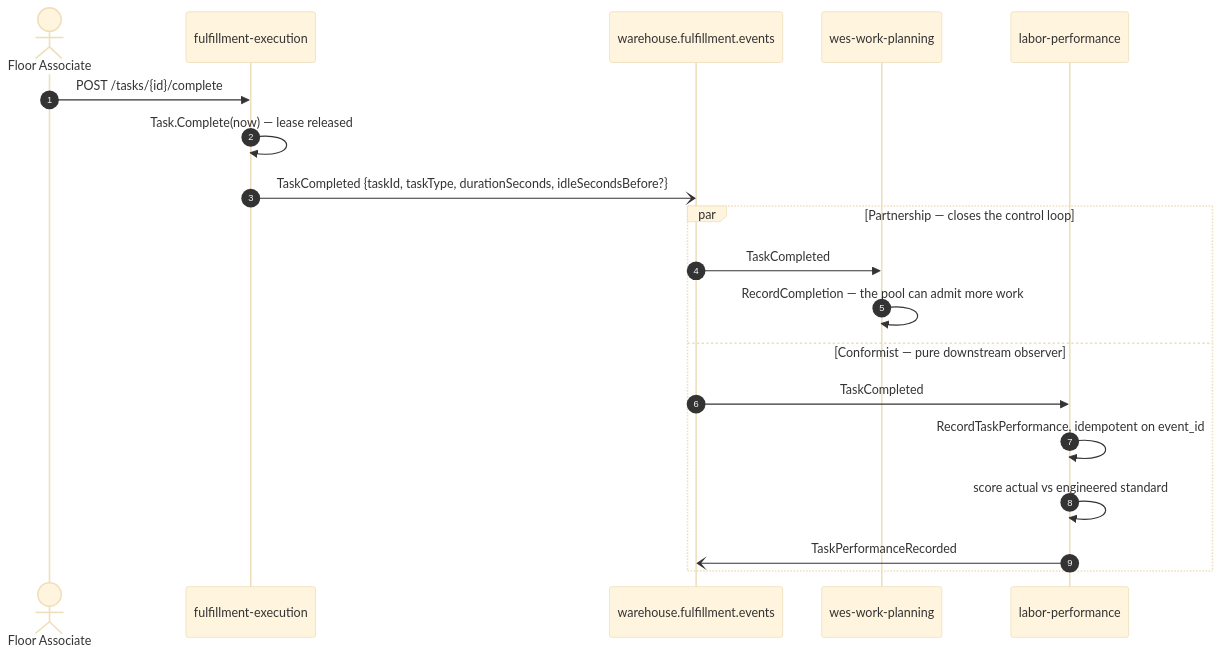
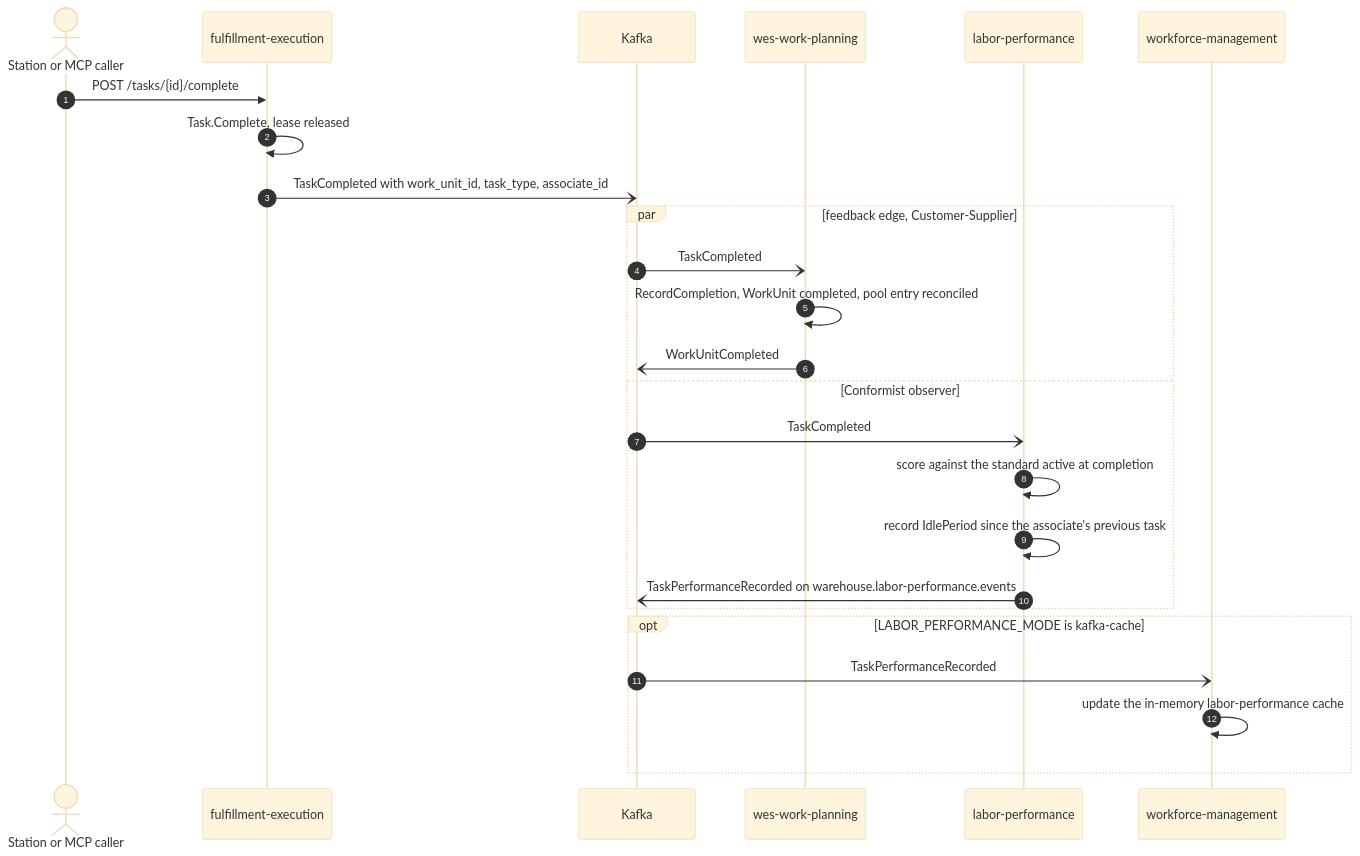
One commit to IQVO/warehouse-docs changed the fourth of 9 diagrams in docs/architecture/runtime-flows.md. Above: the diagram before and after it, drawn with Mermaid (base theme). The commit also changed other lines of this file and 717 other files, not shown here.

````diff
--- a/docs/architecture/runtime-flows.md
+++ b/docs/architecture/runtime-flows.md
@@ -173,23 +196,30 @@
 ```mermaid
 sequenceDiagram
     autonumber
-    actor Assoc as Floor Associate
+    actor S as Station or MCP caller
     participant FE as fulfillment-execution
-    participant K as warehouse.fulfillment.events
+    participant K as Kafka
     participant WP as wes-work-planning
     participant LP as labor-performance
+    participant WFM as workforce-management
 
-    Assoc->>FE: POST /tasks/{id}/complete
-    FE->>FE: Task.Complete(now) — lease released
-    FE-)K: TaskCompleted {taskId, taskType, durationSeconds, idleSecondsBefore?}
+    S->>FE: POST /tasks/{id}/complete
+    FE->>FE: Task.Complete, lease released
+    FE-)K: TaskCompleted with work_unit_id, task_type, associate_id
 
-    par Partnership — closes the control loop
-        K->>WP: TaskCompleted
-        WP->>WP: RecordCompletion — the pool can admit more work
-    and Conformist — pure downstream observer
-        K->>LP: TaskCompleted
-        LP->>LP: RecordTaskPerformance, idempotent on event_id
-        LP->>LP: score actual vs engineered standard
-        LP-)K: TaskPerformanceRecorded
+    par feedback edge, Customer-Supplier
+        K-)WP: TaskCompleted
+        WP->>WP: RecordCompletion, WorkUnit completed, pool entry reconciled
+        WP-)K: WorkUnitCompleted
+    and Conformist observer
+        K-)LP: TaskCompleted
+        LP->>LP: score against the standard active at completion
+        LP->>LP: record IdlePeriod since the associate's previous task
+        LP-)K: TaskPerformanceRecorded on warehouse.labor-performance.events
+    end
+
+    opt LABOR_PERFORMANCE_MODE is kafka-cache
+        K-)WFM: TaskPerformanceRecorded
+        WFM->>WFM: update the in-memory labor-performance cache
     end
 ```
````
